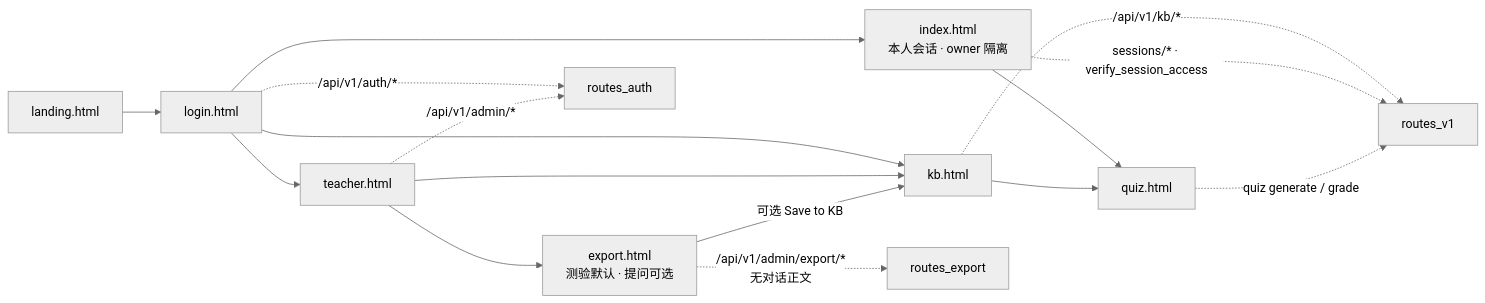
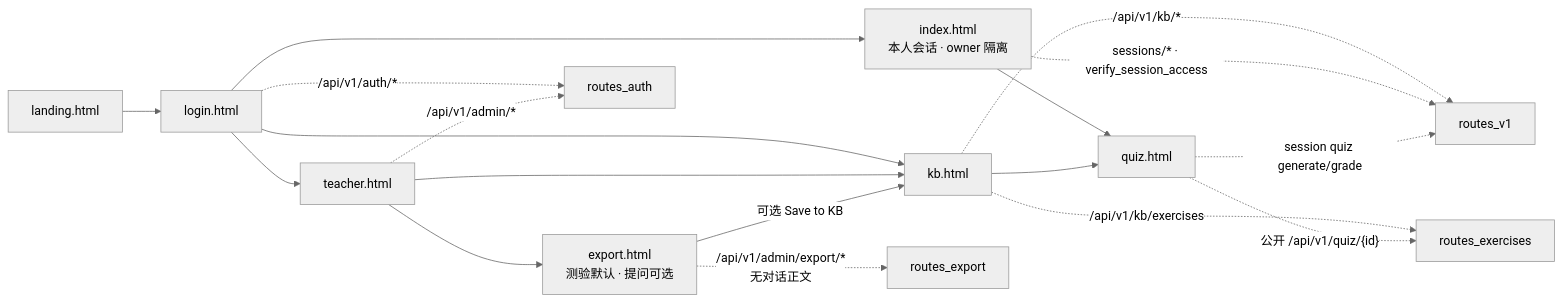
Before and after one commit to JinYue-star/ForRag: the seventh of 7 diagrams in docs/architecture.md, drawn with Mermaid (neutral theme). The commit also changed other lines of this file and 94 other files, not shown here.

````diff
--- a/docs/architecture.md
+++ b/docs/architecture.md
@@ -471,19 +510,21 @@
 ```mermaid
 flowchart LR
   landing["landing.html"] --> login["login.html"]
   login --> teacher["teacher.html"]
   login --> index["index.html<br/>本人会话 · owner 隔离"]
   login --> kb["kb.html"]
   teacher --> export["export.html<br/>测验默认 · 提问可选"]
   teacher --> kb
   index --> quiz["quiz.html"]
   kb --> quiz
   export -->|"可选 Save to KB"| kb
 
   login -.->|"/api/v1/auth/*"| routes_auth
   teacher -.->|"/api/v1/admin/*"| routes_auth
   export -.->|"/api/v1/admin/export/*<br/>无对话正文"| routes_export
   kb -.->|"/api/v1/kb/*"| routes_v1
+  kb -.->|"/api/v1/kb/exercises"| routes_exercises
   index -.->|"sessions/* · verify_session_access"| routes_v1
-  quiz -.->|"quiz generate / grade"| routes_v1
+  quiz -.->|"session quiz generate/grade"| routes_v1
+  quiz -.->|"公开 /api/v1/quiz/{id}"| routes_exercises
 ```
````
